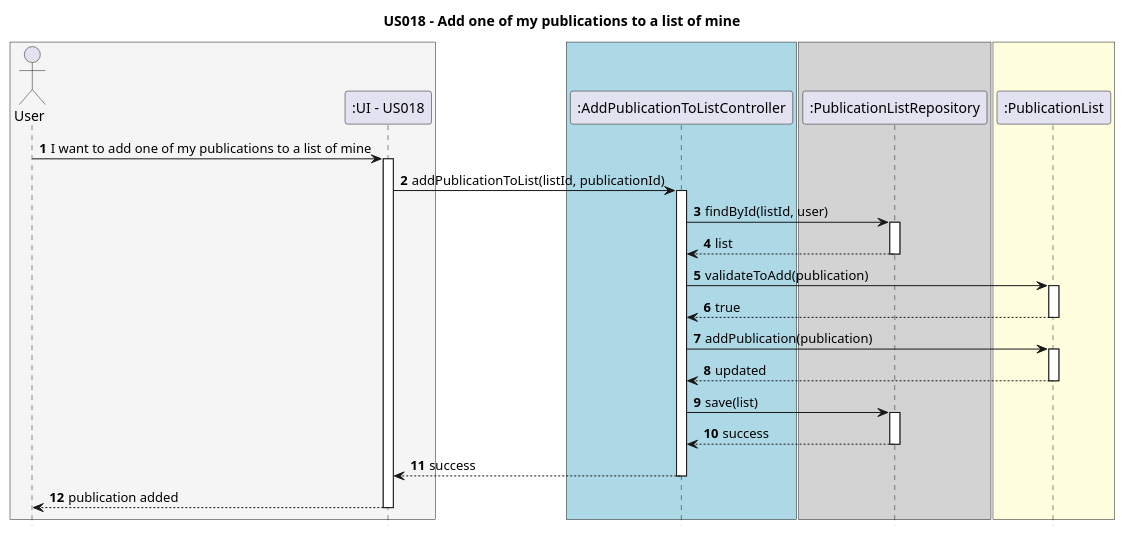
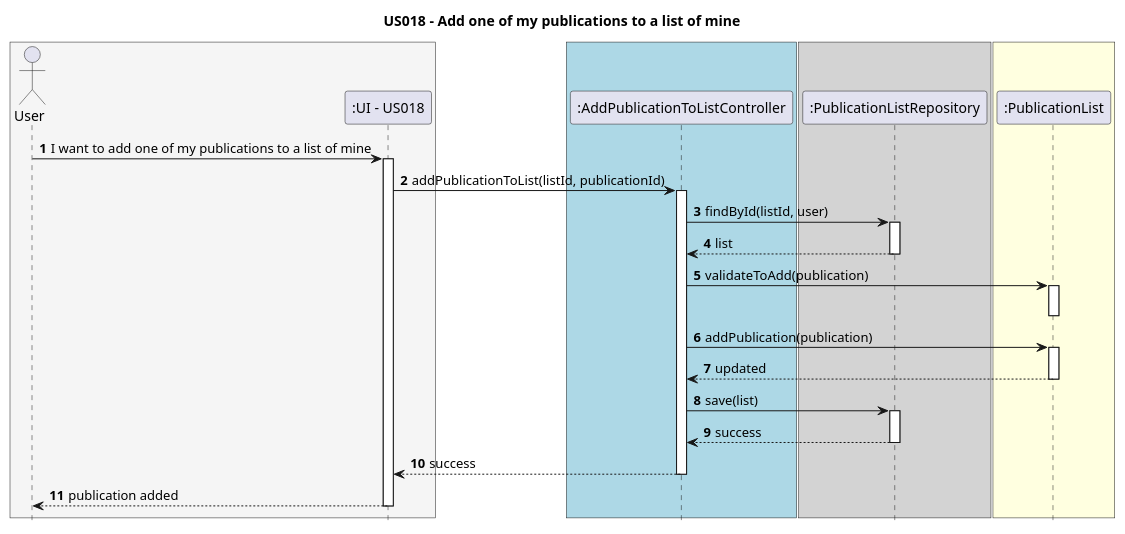
One commit to AndrePereiraGitH/SWitCH-Project-Team_A changed the diagram in Diagrams/SequenceDiagrams/N2/US018-to-add-publication-to-list.puml. Above: the diagram before and after it, drawn with PlantUML. The commit also changed 7 other files, not shown here.

```diff
--- a/Diagrams/SequenceDiagrams/N2/US018-to-add-publication-to-list.puml
+++ b/Diagrams/SequenceDiagrams/N2/US018-to-add-publication-to-list.puml
@@ -1,56 +1,57 @@
 @startuml
 hide footbox
 autonumber
 
 title US018 - Add one of my publications to a list of mine
 
 box #WhiteSmoke
 actor "User" as User
 participant ":UI - US018" as UI
 end box
 
 box #LightBlue
 participant ":AddPublicationToListController" as Controller
 end box
 
 box #LightGrey
 participant ":PublicationListRepository" as Repository
 end box
 
 box #LightYellow
 participant ":PublicationList" as List
 end box
 
 User -> UI : I want to add one of my publications to a list of mine
 activate UI
 
 UI -> Controller : addPublicationToList(listId, publicationId)
 activate Controller
 
 Controller -> Repository : findById(listId, user)
 activate Repository
 Repository --> Controller : list
 deactivate Repository
 
+'create PublicationList" as List
 Controller -> List : validateToAdd(publication)
 activate List
-List --> Controller : true
+'List --> Controller : true
 deactivate List
 
 Controller -> List : addPublication(publication)
 activate List
 List --> Controller : updated
 deactivate List
 
 Controller -> Repository : save(list)
 activate Repository
 Repository --> Controller : success
 deactivate Repository
 
 Controller --> UI : success
 deactivate Controller
 
 UI --> User : publication added
 deactivate UI
 
 @enduml
```
